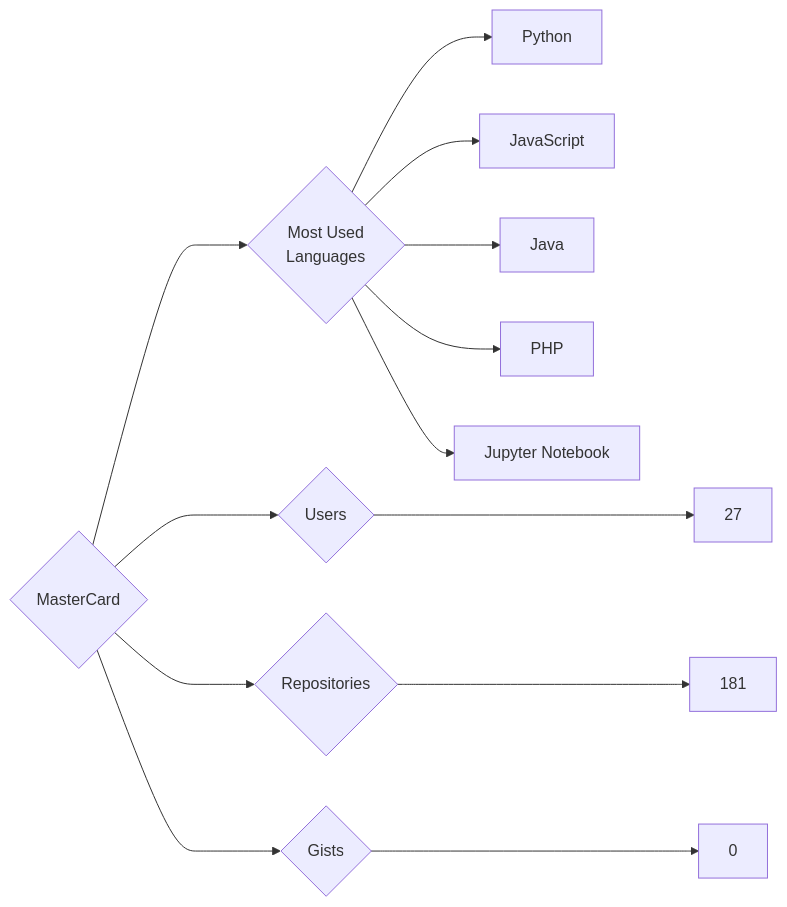
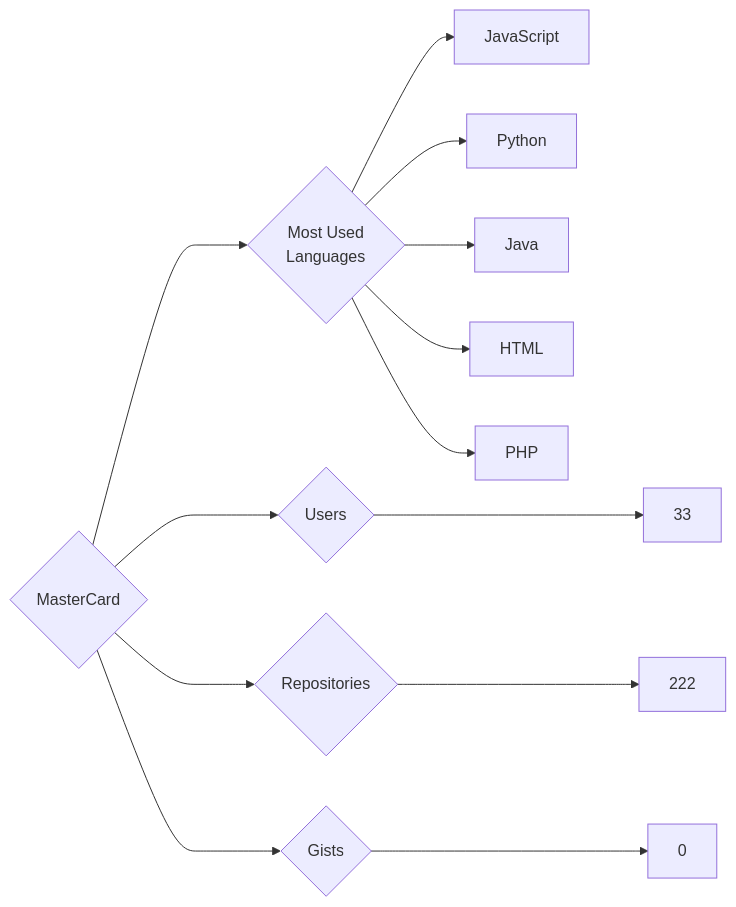
One commit to trickest/insiders changed the diagram in targets/MasterCard/README.md. Above: the diagram before and after it, drawn with Mermaid. The commit also changed 984 other files, not shown here.

````diff
--- a/targets/MasterCard/README.md
+++ b/targets/MasterCard/README.md
@@ -3,13 +3,13 @@
 ```mermaid
 graph LR
 COMPANY_NAME{MasterCard}
-COMPANY_NAME ---> U{Users} ---> UN[27]
-COMPANY_NAME ---> R{Repositories} ---> RN[181]
+COMPANY_NAME ---> U{Users} ---> UN[33]
+COMPANY_NAME ---> R{Repositories} ---> RN[222]
 COMPANY_NAME ---> G{Gists} ---> GN[0]
 COMPANY_NAME ---> ML{Most Used<br>Languages}
+ML --> JavaScript[JavaScript]
 ML --> Python[Python]
-ML --> JavaScript[JavaScript]
 ML --> Java[Java]
+ML --> HTML[HTML]
 ML --> PHP[PHP]
-ML --> Jupyter_Notebook[Jupyter Notebook]
 ```
````
